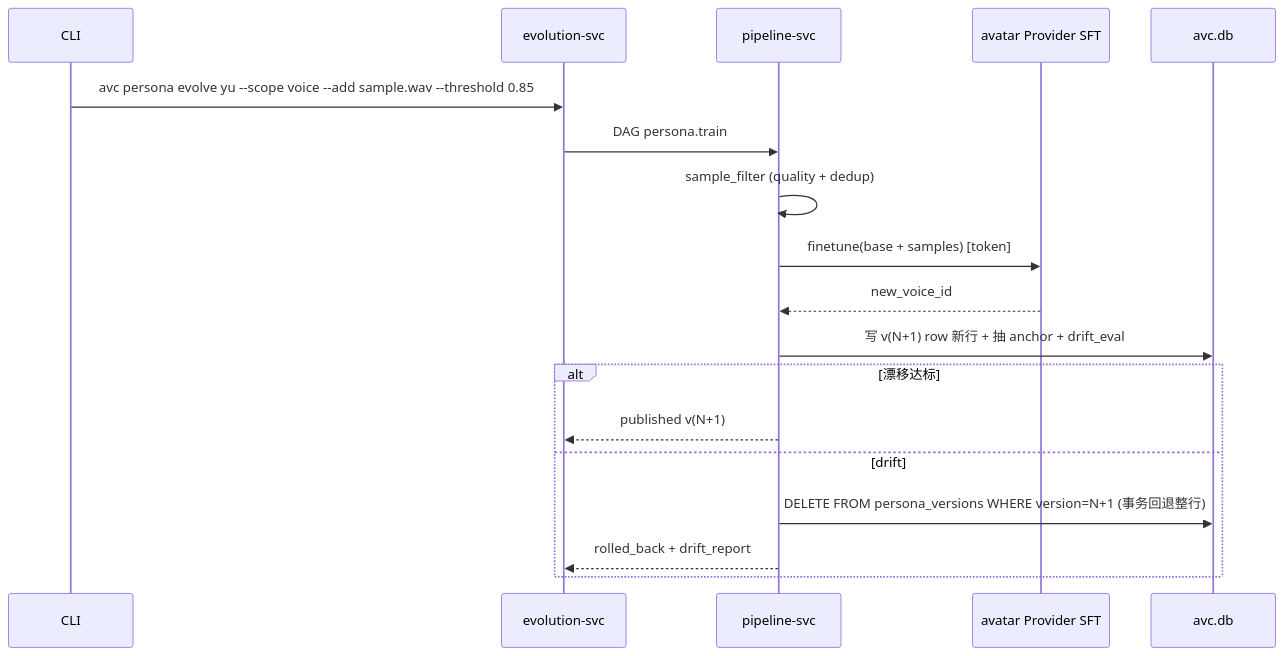
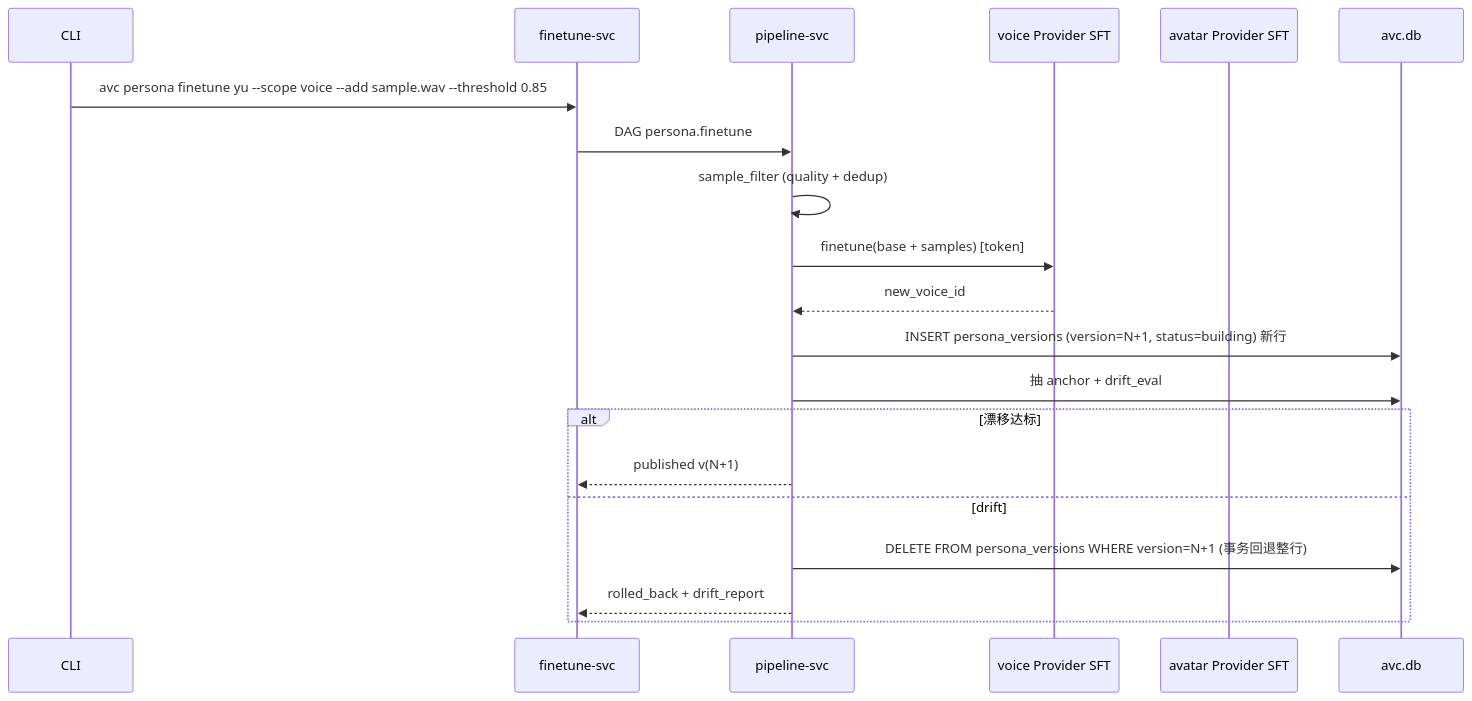
Before and after one commit to growdu/avcore: the sixth of 10 diagrams in docs/design.md, drawn with Mermaid. The commit also changed other lines of this file and 10 other files, not shown here.

First line of the commit message:
docs: 拆 evolve 为 refine+finetune — 区分数据迭代与模型微调

````diff
--- a/docs/design.md
+++ b/docs/design.md
@@ -71,20 +132,22 @@
 ```mermaid
 sequenceDiagram
     participant U as CLI
-    participant EV as evolution-svc
+    participant FS as finetune-svc
     participant PL as pipeline-svc
+    participant VO as voice Provider SFT
     participant AV as avatar Provider SFT
     participant ST as avc.db
-    U->>EV: avc persona evolve yu --scope voice --add sample.wav --threshold 0.85
-    EV->>PL: DAG persona.train
+    U->>FS: avc persona finetune yu --scope voice --add sample.wav --threshold 0.85
+    FS->>PL: DAG persona.finetune
     PL->>PL: sample_filter (quality + dedup)
-    PL->>AV: finetune(base + samples) [token]
-    AV-->>PL: new_voice_id
-    PL->>ST: 写 v(N+1) row 新行 + 抽 anchor + drift_eval
+    PL->>VO: finetune(base + samples) [token]
+    VO-->>PL: new_voice_id
+    PL->>ST: INSERT persona_versions (version=N+1, status=building) 新行
+    PL->>ST: 抽 anchor + drift_eval
     alt 漂移达标
-        PL-->>EV: published v(N+1)
+        PL-->>FS: published v(N+1)
     else drift
         PL->>ST: DELETE FROM persona_versions WHERE version=N+1 (事务回退整行)
-        PL-->>EV: rolled_back + drift_report
+        PL-->>FS: rolled_back + drift_report
     end
 ```
````
